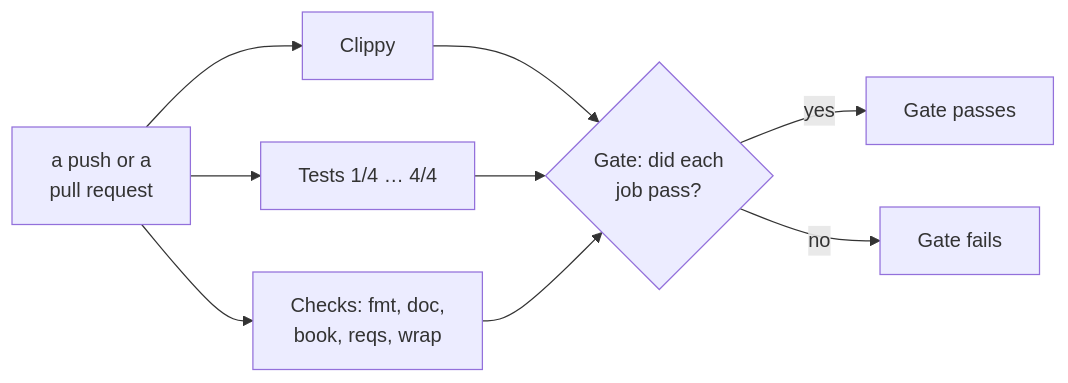
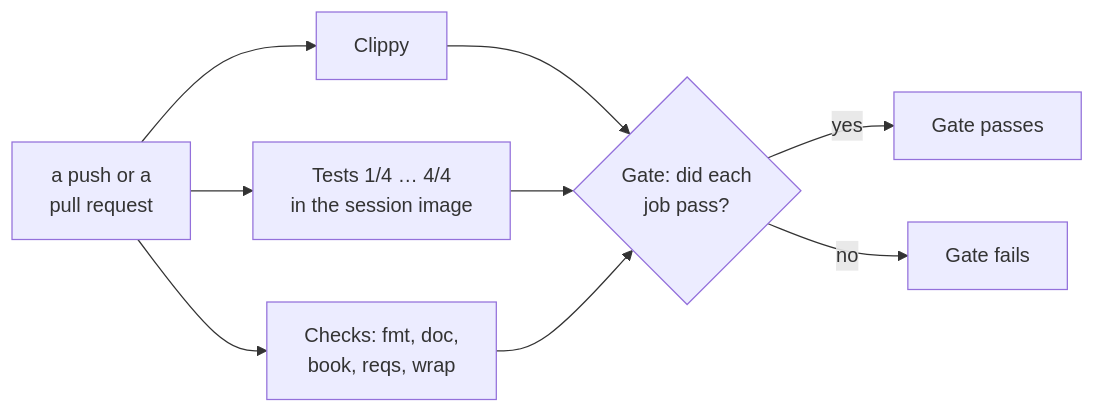
Before and after one commit to como-technologies/riff: the third of 27 diagrams in docs/src/development.md, drawn with Mermaid. The commit also changed other lines of this file and 9 other files, not shown here.

Commit message:
WIP: the test parts run in the session image; no fail fast

````diff
--- a/docs/src/development.md
+++ b/docs/src/development.md
@@ -143,11 +147,11 @@
 ```mermaid
 flowchart LR
     P["a push or a<br/>pull request"] --> C["Clippy"]
-    P --> T["Tests 1/4 … 4/4"]
+    P --> T["Tests 1/4 … 4/4<br/>in the session image"]
     P --> K["Checks: fmt, doc,<br/>book, reqs, wrap"]
     C --> G{"Gate: did each<br/>job pass?"}
     T --> G
     K --> G
     G -- yes --> S["Gate passes"]
     G -- no --> F["Gate fails"]
 ```
````
